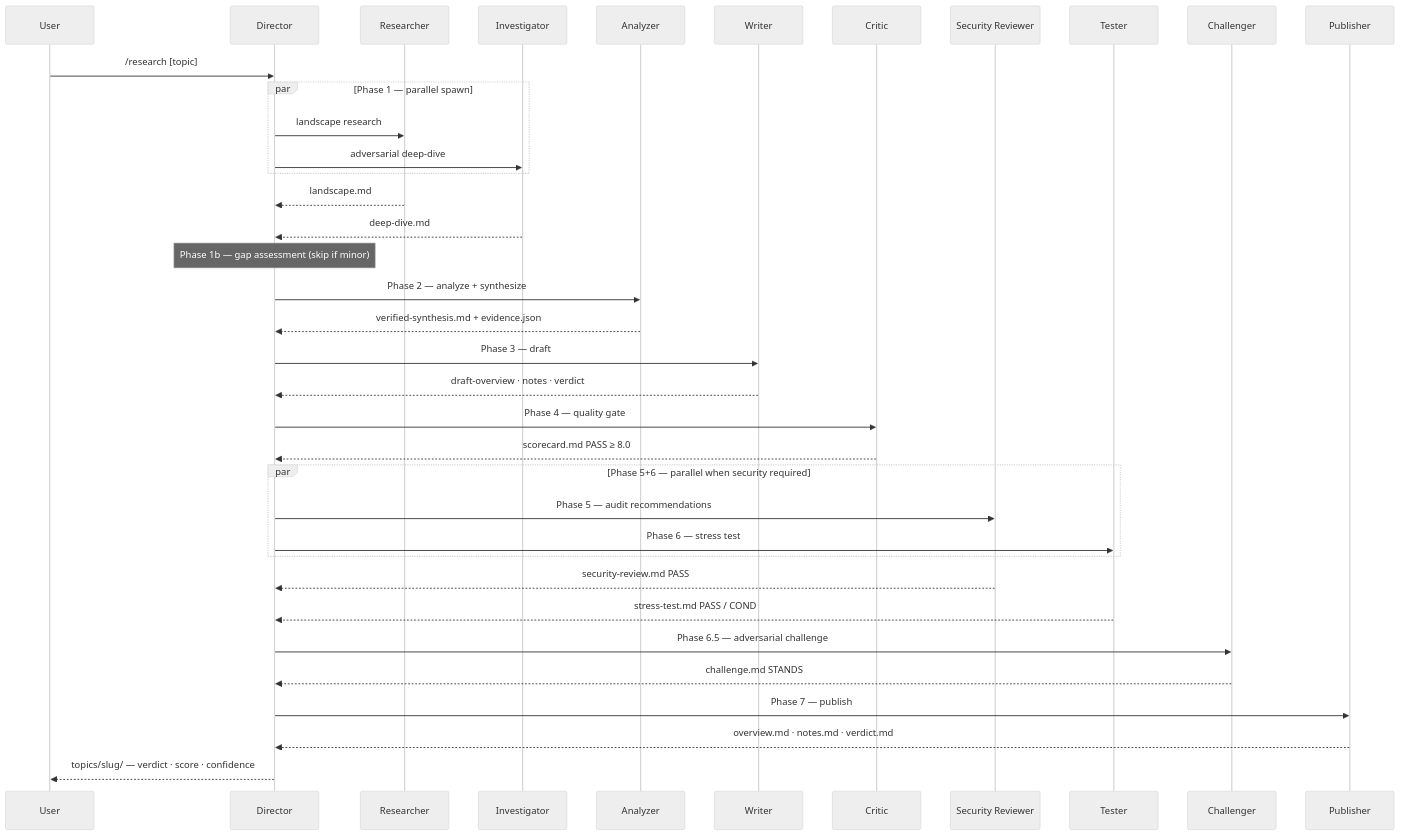
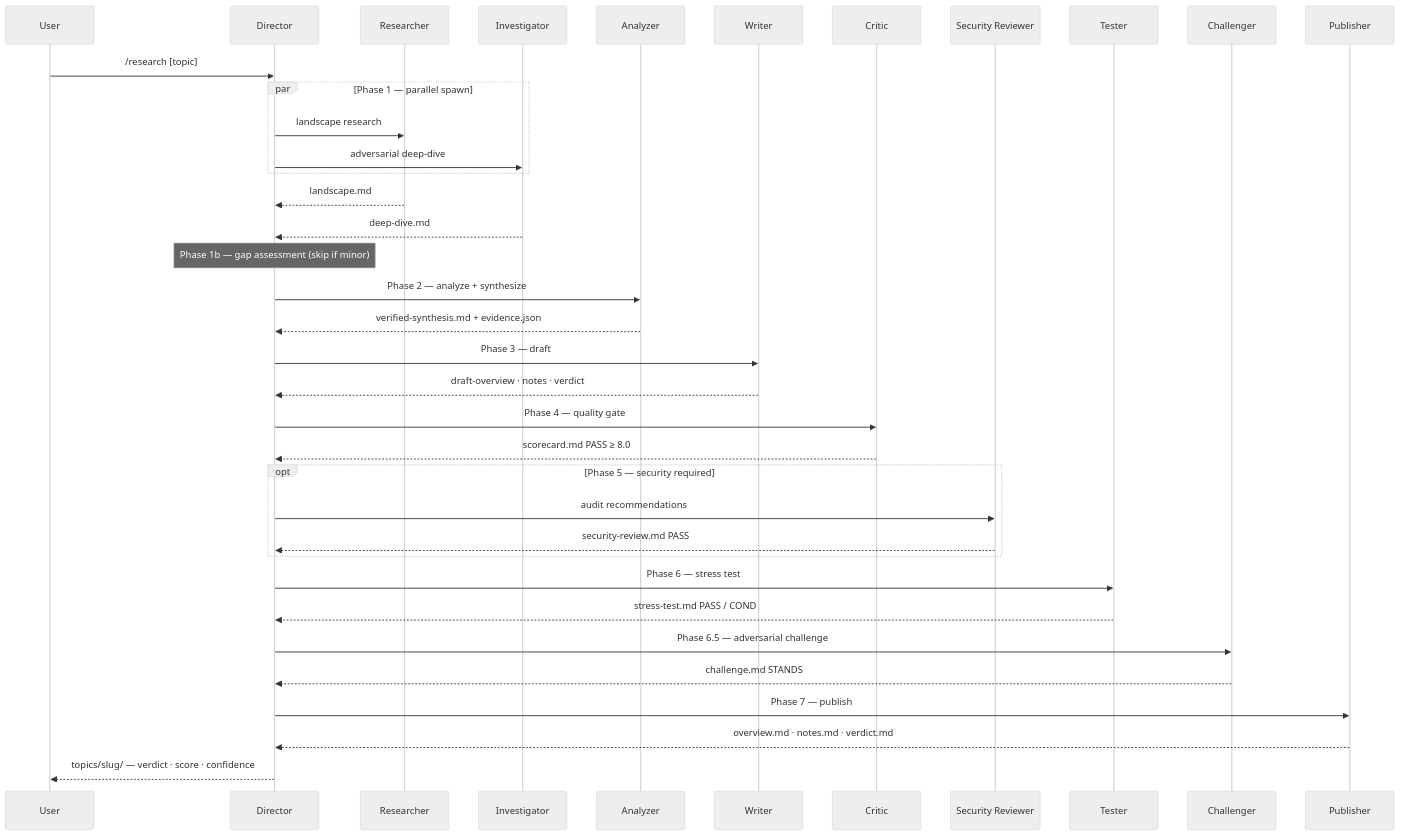
The third of 3 diagrams in diagram.md (nixxet/BrainStorming), drawn with Mermaid (neutral theme) before and after one commit.

Commit message:
sync: 2026-04-24

````diff
--- a/diagram.md
+++ b/diagram.md
@@ -110,40 +110,40 @@
 ```mermaid
 sequenceDiagram
     participant U  as User
     participant D  as Director
     participant RE as Researcher
     participant IN as Investigator
     participant AN as Analyzer
     participant WR as Writer
     participant CR as Critic
     participant SR as Security Reviewer
     participant TE as Tester
     participant CH as Challenger
     participant PB as Publisher
 
     U->>D: /research [topic]
     par Phase 1 — parallel spawn
         D->>RE: landscape research
         D->>IN: adversarial deep-dive
     end
     RE-->>D: landscape.md
     IN-->>D: deep-dive.md
     note over D: Phase 1b — gap assessment (skip if minor)
     D->>AN: Phase 2 — analyze + synthesize
     AN-->>D: verified-synthesis.md + evidence.json
     D->>WR: Phase 3 — draft
     WR-->>D: draft-overview · notes · verdict
     D->>CR: Phase 4 — quality gate
     CR-->>D: scorecard.md  PASS ≥ 8.0
-    par Phase 5+6 — parallel when security required
-        D->>SR: Phase 5 — audit recommendations
-        D->>TE: Phase 6 — stress test
+    opt Phase 5 — security required
+        D->>SR: audit recommendations
+        SR-->>D: security-review.md  PASS
     end
-    SR-->>D: security-review.md  PASS
+    D->>TE: Phase 6 — stress test
     TE-->>D: stress-test.md  PASS / COND
     D->>CH: Phase 6.5 — adversarial challenge
     CH-->>D: challenge.md  STANDS
     D->>PB: Phase 7 — publish
     PB-->>D: overview.md · notes.md · verdict.md
     D-->>U: topics/slug/ — verdict · score · confidence
 ```
````
